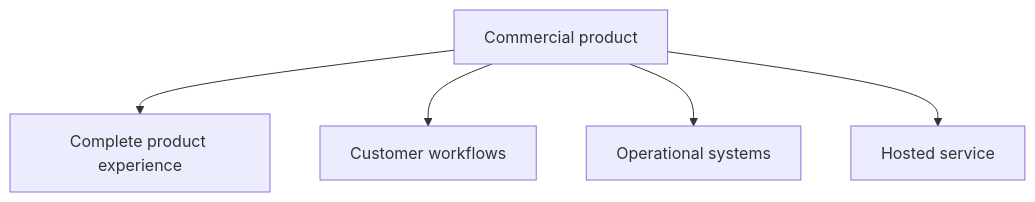
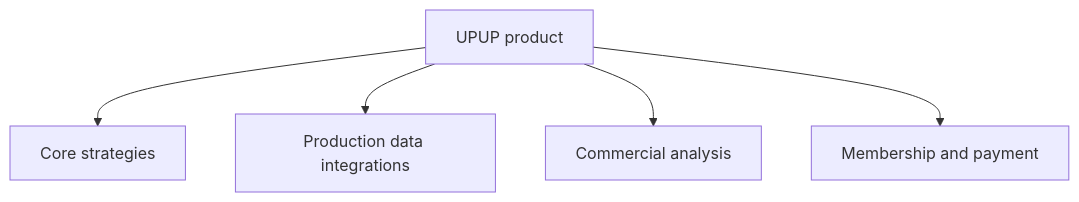
The second of 2 diagrams in docs/open-core-boundary.md (jinjinwa/upup-review-assistant), drawn with Mermaid before and after one commit. The commit also changed other lines of this file and 93 other files, not shown here.

````diff
--- a/docs/open-core-boundary.md
+++ b/docs/open-core-boundary.md
@@ -18,7 +16,7 @@
 ```mermaid
 flowchart TB
-  C["Commercial product"] --> A["Complete product experience"]
-  C --> B["Customer workflows"]
-  C --> D["Operational systems"]
-  C --> E["Hosted service"]
+  Commercial["UPUP product"] --> Strategies["Core strategies"]
+  Commercial --> Data["Production data integrations"]
+  Commercial --> Reports["Commercial analysis"]
+  Commercial --> Billing["Membership and payment"]
 ```
````
